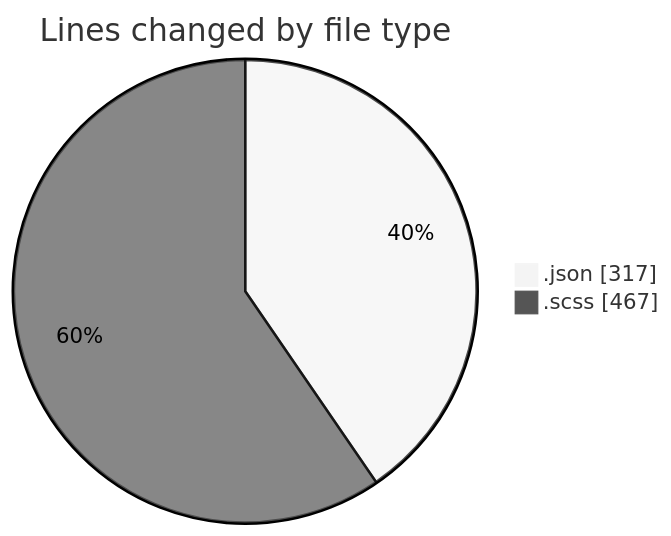
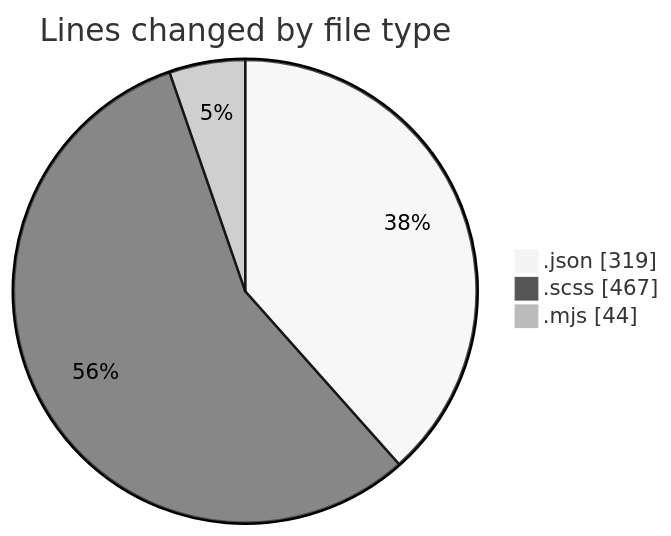
One commit to momahboobian/code-tracking changed the first of 2 diagrams in 2026-08-12/cda/README.md. Above: the diagram before and after it, drawn with Mermaid (neutral theme). The commit also changed other lines of this file and 1 other file, not shown here.

````diff
--- a/2026-08-12/cda/README.md
+++ b/2026-08-12/cda/README.md
@@ -25,6 +26,7 @@
 ```mermaid
 pie showData
 title Lines changed by file type
-".json" : 317
+".json" : 319
 ".scss" : 467
+".mjs" : 44
 ```
````
